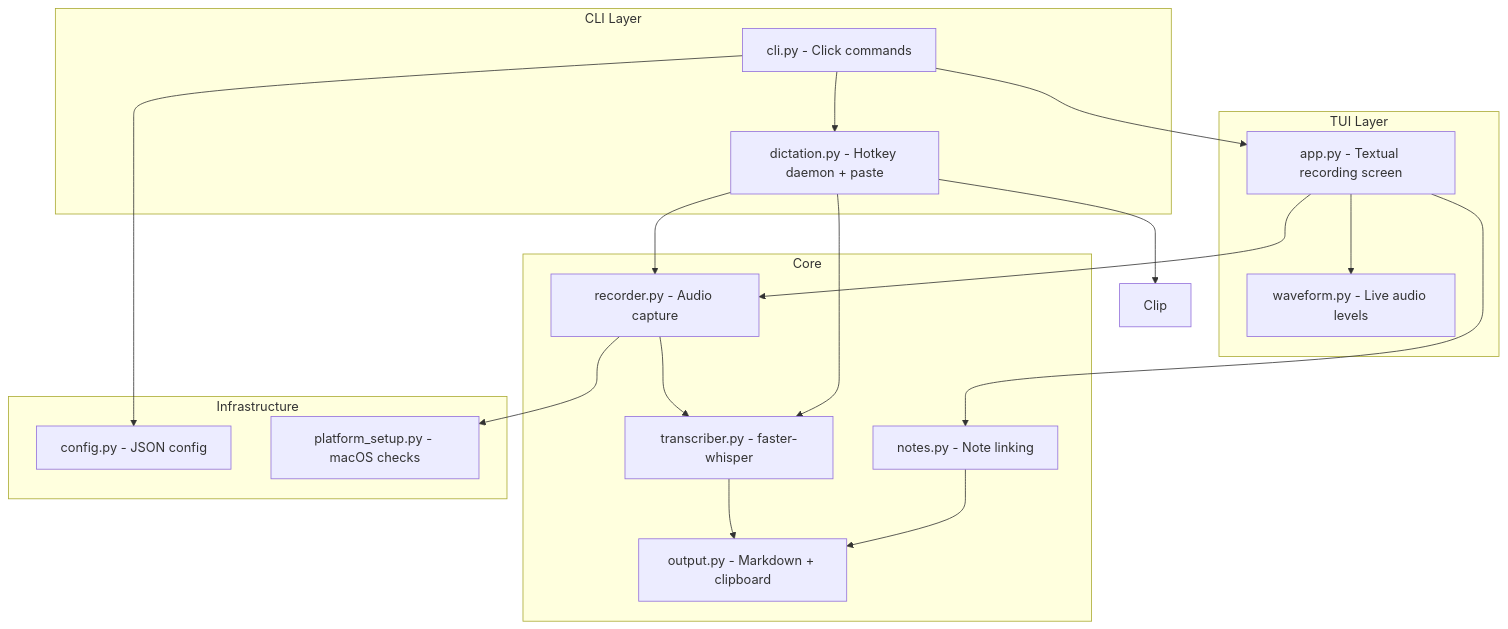
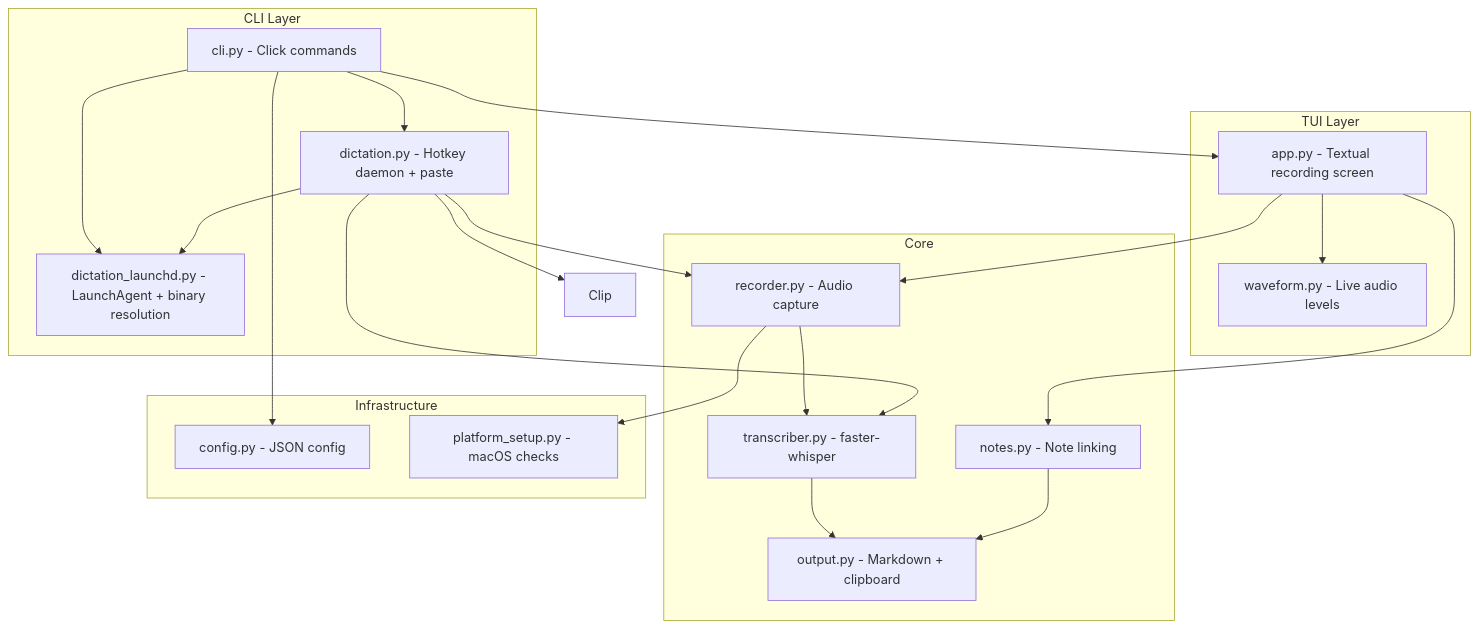
One commit to benjamayden/liscribe changed the second of 5 diagrams in docs/architecture.md. Above: the diagram before and after it, drawn with Mermaid. The commit also changed other lines of this file and 16 other files, not shown here.

````diff
--- a/docs/architecture.md
+++ b/docs/architecture.md
@@ -23,38 +23,41 @@
 ```mermaid
 graph TD
     subgraph cli_layer [CLI Layer]
         CLI["cli.py - Click commands"]
         Dictation["dictation.py - Hotkey daemon + paste"]
+        DictLaunch["dictation_launchd.py - LaunchAgent + binary resolution"]
     end
 
     subgraph core [Core]
         Recorder["recorder.py - Audio capture"]
         Transcriber["transcriber.py - faster-whisper"]
         Notes["notes.py - Note linking"]
         Output["output.py - Markdown + clipboard"]
     end
 
     subgraph ui [TUI Layer]
         App["app.py - Textual recording screen"]
         Waveform["waveform.py - Live audio levels"]
     end
 
     subgraph infra [Infrastructure]
         Config["config.py - JSON config"]
         Platform["platform_setup.py - macOS checks"]
     end
 
     CLI --> App
     CLI --> Dictation
+    CLI --> DictLaunch
     CLI --> Config
     App --> Recorder
     App --> Waveform
     App --> Notes
     Recorder --> Transcriber
     Transcriber --> Output
     Notes --> Output
     Recorder --> Platform
     Dictation --> Recorder
     Dictation --> Transcriber
     Dictation --> Clip
+    Dictation --> DictLaunch
 ```
````
